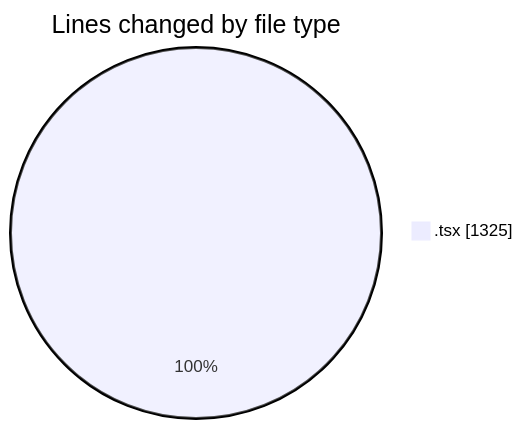
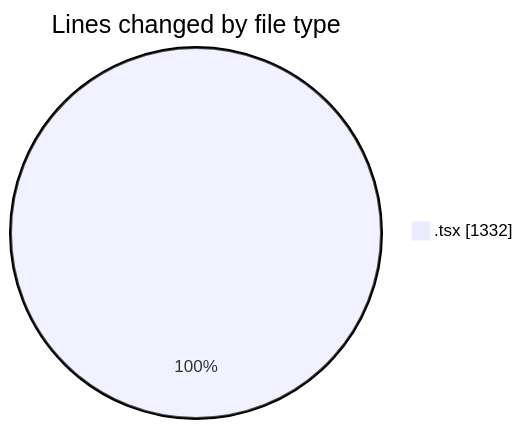
The first of 2 diagrams in 2025-03-11/mbc-web/README.md (robertbonfada/code-tracking), drawn with Mermaid before and after one commit. The commit also changed other lines of this file and 1 other file, not shown here.

````diff
--- a/2025-03-11/mbc-web/README.md
+++ b/2025-03-11/mbc-web/README.md
@@ -31,5 +31,5 @@
 ```mermaid
 pie showData
 title Lines changed by file type
-".tsx" : 1325
+".tsx" : 1332
 ```
````
